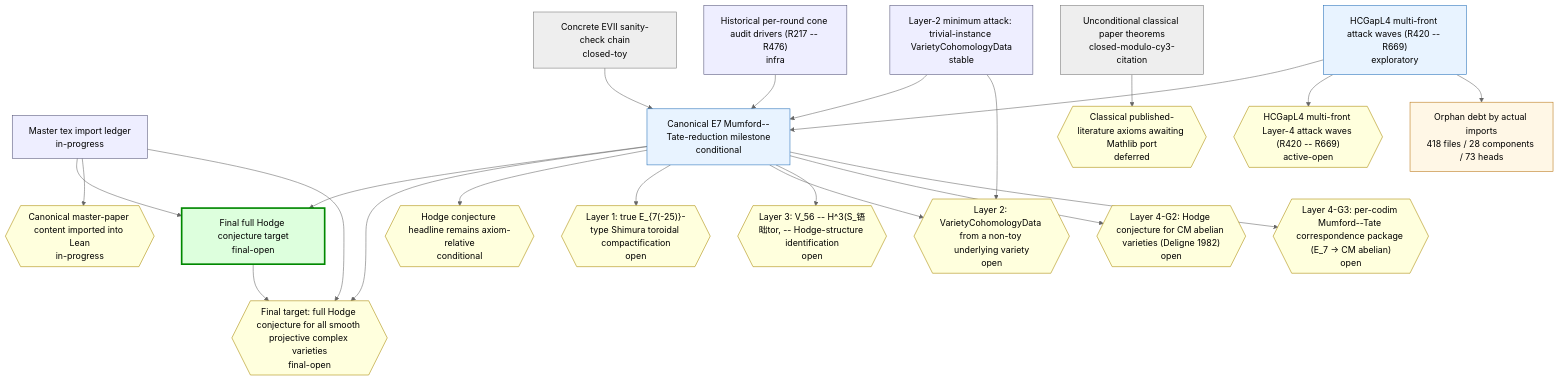
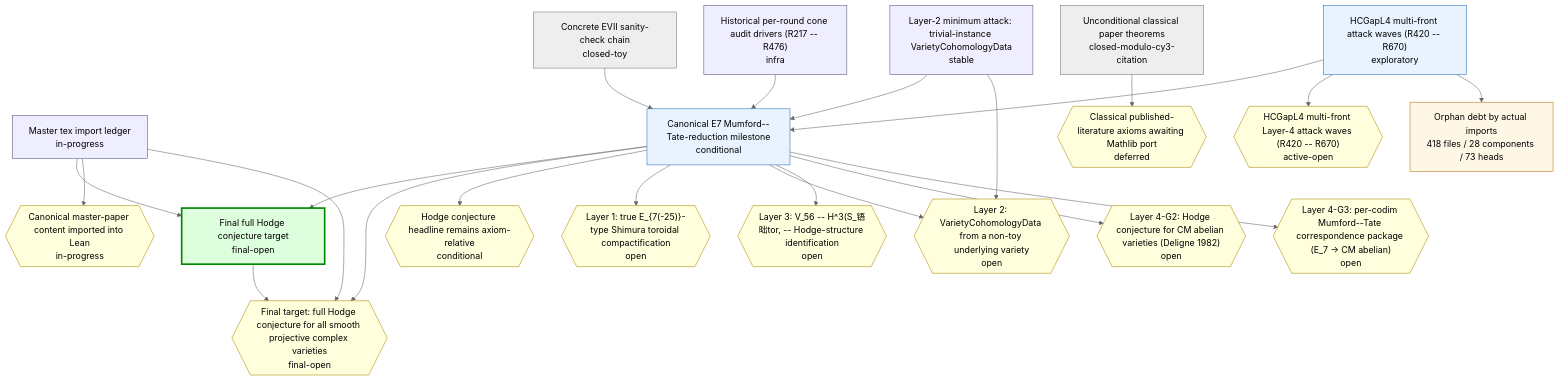
One commit to crabsatellite/hodge-conjecture-lean4-formalization changed the first of 2 diagrams in chain-status/research-map.md. Above: the diagram before and after it, drawn with Mermaid (neutral theme). The commit also changed other lines of this file and 8 other files, not shown here.

````diff
--- a/chain-status/research-map.md
+++ b/chain-status/research-map.md
@@ -46,54 +46,54 @@
 ```mermaid
 graph TD
   classDef main fill:#dfd,stroke:#080,stroke-width:3px
   classDef active fill:#e8f3ff,stroke:#2670b8
   classDef support fill:#eef,stroke:#557
   classDef closed fill:#eee,stroke:#777
   classDef dead fill:#fdd,stroke:#a00,stroke-width:2px
   classDef gapOpen fill:#ffd,stroke:#a80
   classDef gapClosed fill:#eee,stroke:#777
   classDef gapDead fill:#fdd,stroke:#a00
   classDef debt fill:#fff7e6,stroke:#b87514
   classDef debtTaxonomy fill:#e8f3ff,stroke:#2670b8,stroke-dasharray:3 3
   classDef debtRule fill:#eefbea,stroke:#398439,stroke-dasharray:3 3
   classDef debtDead fill:#fdd,stroke:#a00,stroke-dasharray:3 3
   chain_full_hc_final_target["Final full Hodge conjecture target\nfinal-open"]:::main
   chain_master_paper_import_ledger["Master tex import ledger\nin-progress"]:::support
   chain_main_hc_axiom_relative["Canonical E7 Mumford--Tate-reduction milestone\nconditional"]:::active
   chain_unconditional_classical["Unconditional classical paper theorems\nclosed-modulo-cy3-citation"]:::closed
   chain_hcgap_l2_trivial_instances["Layer-2 minimum attack: trivial-instance VarietyCohomologyData\nstable"]:::support
-  chain_hcgap_l4_multifront_active["HCGapL4 multi-front attack waves (R420 -- R669)\nexploratory"]:::active
+  chain_hcgap_l4_multifront_active["HCGapL4 multi-front attack waves (R420 -- R670)\nexploratory"]:::active
   chain_concrete_evii_toy["Concrete EVII sanity-check chain\nclosed-toy"]:::closed
   chain_historical_cone_audits["Historical per-round cone audit drivers (R217 -- R476)\ninfra"]:::support
   gap_G_full_hc{{"Final target: full Hodge conjecture for all smooth projective complex varieties\nfinal-open"}}:::gapOpen
   gap_G_master_paper_import{{"Canonical master-paper content imported into Lean\nin-progress"}}:::gapOpen
   gap_G_main_hc{{"Hodge conjecture headline remains axiom-relative\nconditional"}}:::gapOpen
   gap_G_l1_e7_shimura_tor{{"Layer 1: true E_{7(-25)}-type Shimura toroidal compactification\nopen"}}:::gapOpen
   gap_G_l2_cohomology_construction{{"Layer 2: VarietyCohomologyData from a non-toy underlying variety\nopen"}}:::gapOpen
   gap_G_l3_v56_mt_identification{{"Layer 3: V_56 -- H^3(S_铻昢tor, -- Hodge-structure identification\nopen"}}:::gapOpen
   gap_G_l4_cm_abelian_hc{{"Layer 4-G2: Hodge conjecture for CM abelian varieties (Deligne 1982)\nopen"}}:::gapOpen
   gap_G_l4_mt_correspondence{{"Layer 4-G3: per-codim Mumford--Tate correspondence package (E_7 -> CM abelian)\nopen"}}:::gapOpen
   gap_G_classical_mathlib_port{{"Classical published-literature axioms awaiting Mathlib port\ndeferred"}}:::gapOpen
-  gap_G_hcgap_l4_multifront{{"HCGapL4 multi-front Layer-4 attack waves (R420 -- R669)\nactive-open"}}:::gapOpen
+  gap_G_hcgap_l4_multifront{{"HCGapL4 multi-front Layer-4 attack waves (R420 -- R670)\nactive-open"}}:::gapOpen
   chain_full_hc_final_target --> gap_G_full_hc
   chain_master_paper_import_ledger --> chain_full_hc_final_target
   chain_master_paper_import_ledger --> gap_G_master_paper_import
   chain_master_paper_import_ledger --> gap_G_full_hc
   chain_main_hc_axiom_relative --> chain_full_hc_final_target
   chain_main_hc_axiom_relative --> gap_G_full_hc
   chain_main_hc_axiom_relative --> gap_G_main_hc
   chain_main_hc_axiom_relative --> gap_G_l1_e7_shimura_tor
   chain_main_hc_axiom_relative --> gap_G_l2_cohomology_construction
   chain_main_hc_axiom_relative --> gap_G_l3_v56_mt_identification
   chain_main_hc_axiom_relative --> gap_G_l4_cm_abelian_hc
   chain_main_hc_axiom_relative --> gap_G_l4_mt_correspondence
   chain_unconditional_classical --> gap_G_classical_mathlib_port
   chain_hcgap_l2_trivial_instances --> chain_main_hc_axiom_relative
   chain_hcgap_l2_trivial_instances --> gap_G_l2_cohomology_construction
   chain_hcgap_l4_multifront_active --> chain_main_hc_axiom_relative
   chain_hcgap_l4_multifront_active --> gap_G_hcgap_l4_multifront
   chain_concrete_evii_toy --> chain_main_hc_axiom_relative
   chain_historical_cone_audits --> chain_main_hc_axiom_relative
   debt_all["Orphan debt by actual imports\n418 files / 28 components / 73 heads"]:::debt
   chain_hcgap_l4_multifront_active --> debt_all
 ```
````
